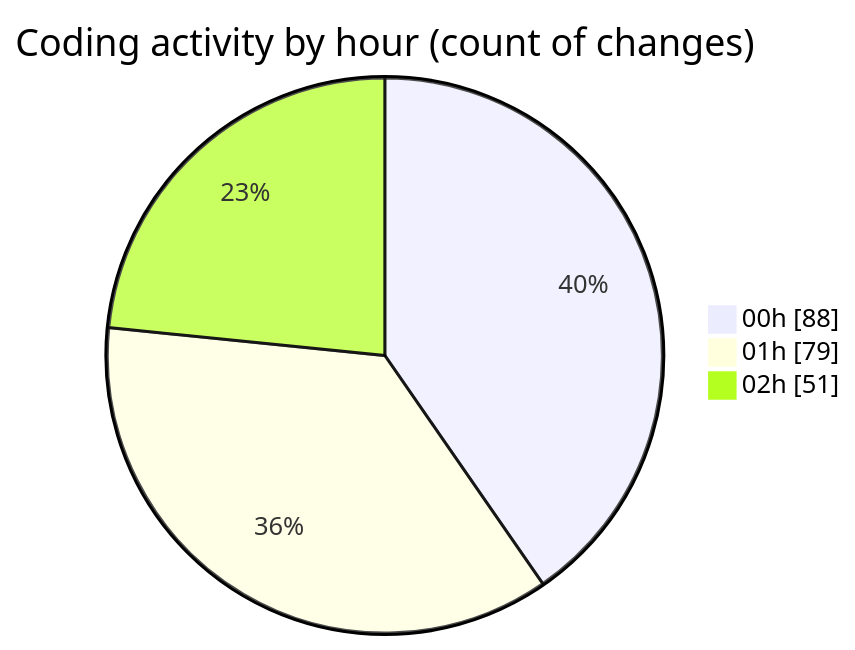
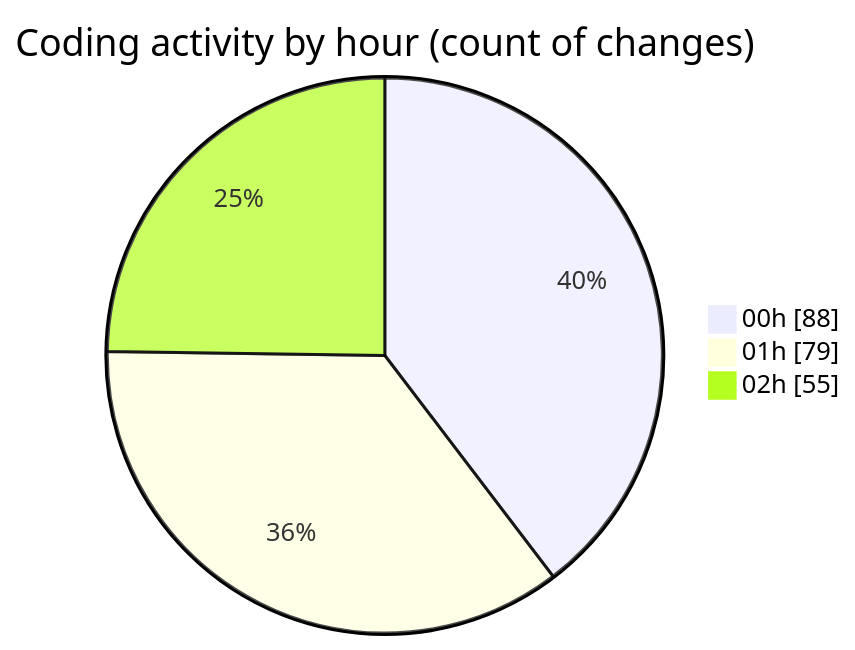
The second of 2 diagrams in 2025-08-16/rentotp/README.md (lephambinh05/code-tracking), drawn with Mermaid before and after one commit. The commit also changed other lines of this file and 1 other file, not shown here.

````diff
--- a/2025-08-16/rentotp/README.md
+++ b/2025-08-16/rentotp/README.md
@@ -55,7 +55,7 @@
 ```mermaid
 pie showData
 title Coding activity by hour (count of changes)
 "00h" : 88
 "01h" : 79
-"02h" : 51
+"02h" : 55
 ```
````
